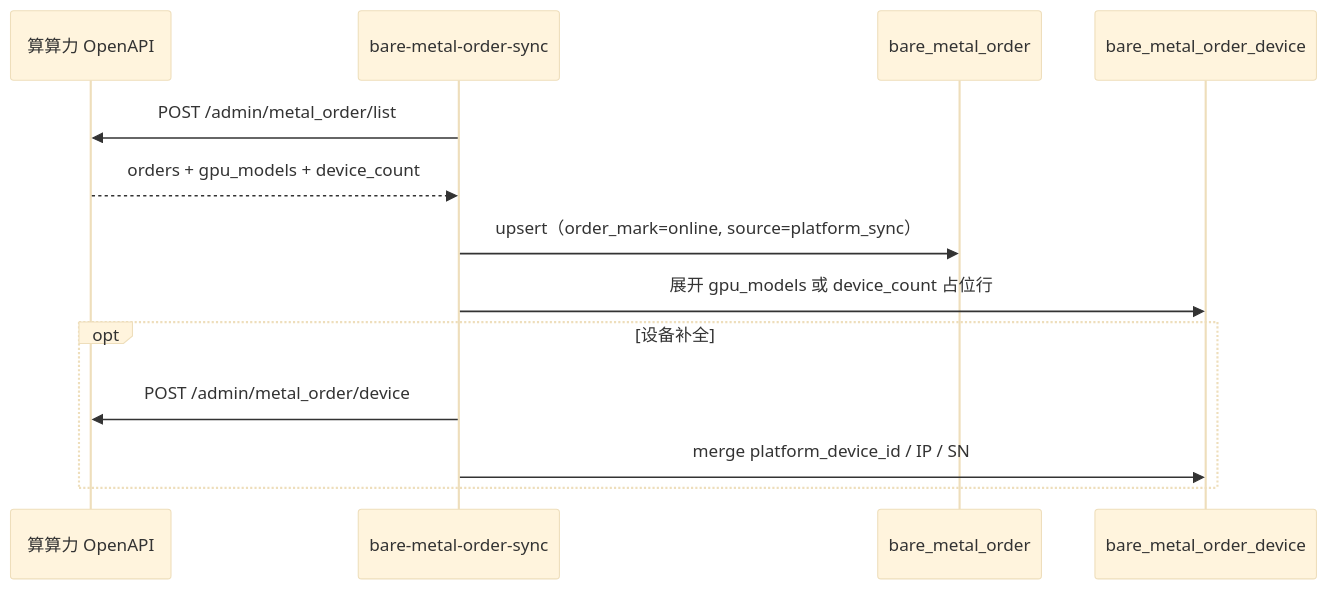
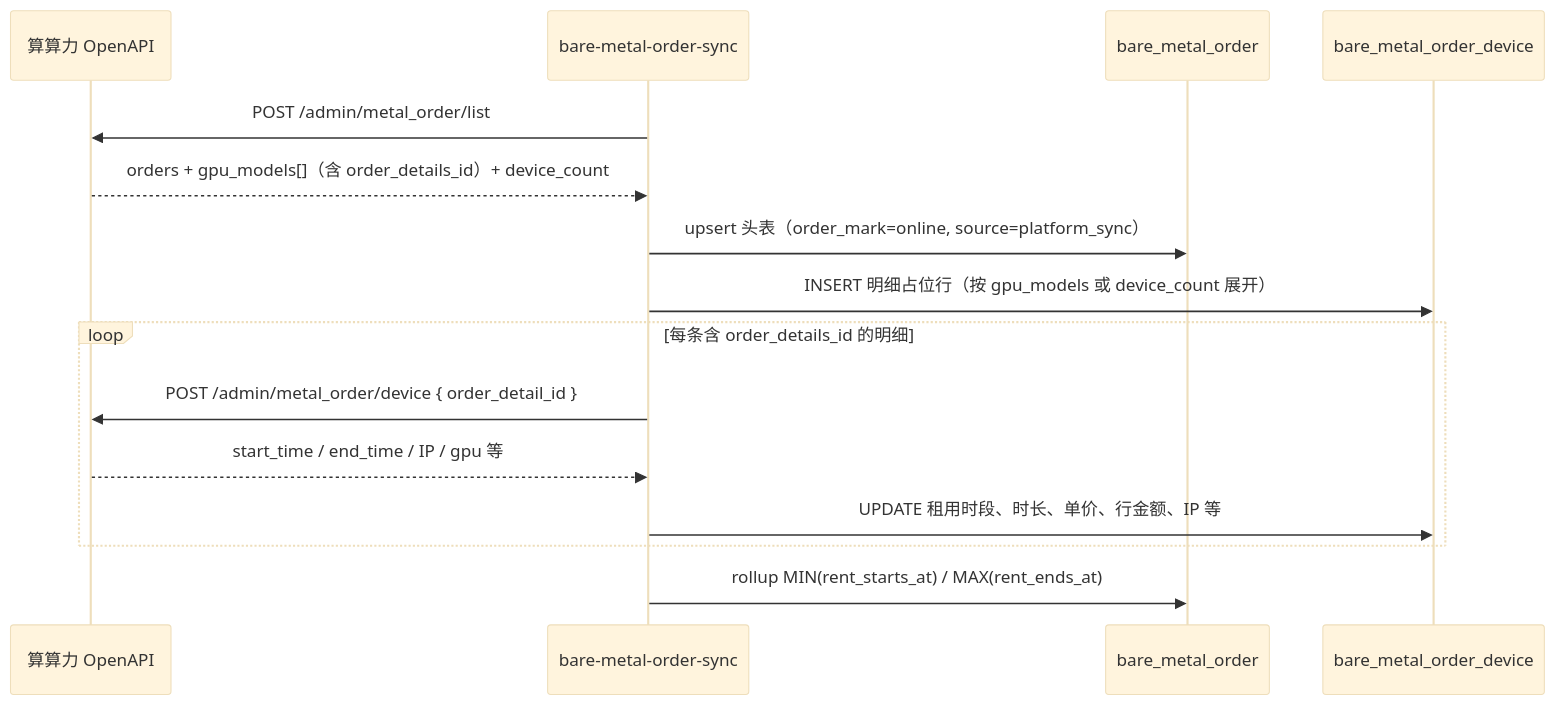
The second of 5 diagrams in apps/web/content/design/bare-metal-order-schema-design.md (metacode0602/opencomfy-hub), drawn with Mermaid (base theme) before and after one commit. The commit also changed other lines of this file and 68 other files, not shown here.

Commit message:
feat(apps-web): finish metal order import when cacluate monthly cost

````diff
--- a/apps/web/content/design/bare-metal-order-schema-design.md
+++ b/apps/web/content/design/bare-metal-order-schema-design.md
@@ -388,16 +388,18 @@
 ```mermaid
 sequenceDiagram
   participant API as 算算力 OpenAPI
   participant Svc as bare-metal-order-sync
   participant Head as bare_metal_order
   participant Dev as bare_metal_order_device
 
   Svc->>API: POST /admin/metal_order/list
-  API-->>Svc: orders + gpu_models + device_count
-  Svc->>Head: upsert（order_mark=online, source=platform_sync）
-  Svc->>Dev: 展开 gpu_models 或 device_count 占位行
-  opt 设备补全
-    Svc->>API: POST /admin/metal_order/device
-    Svc->>Dev: merge platform_device_id / IP / SN
+  API-->>Svc: orders + gpu_models[]（含 order_details_id）+ device_count
+  Svc->>Head: upsert 头表（order_mark=online, source=platform_sync）
+  Svc->>Dev: INSERT 明细占位行（按 gpu_models 或 device_count 展开）
+  loop 每条含 order_details_id 的明细
+    Svc->>API: POST /admin/metal_order/device { order_detail_id }
+    API-->>Svc: start_time / end_time / IP / gpu 等
+    Svc->>Dev: UPDATE 租用时段、时长、单价、行金额、IP 等
   end
+  Svc->>Head: rollup MIN(rent_starts_at) / MAX(rent_ends_at)
 ```
````
